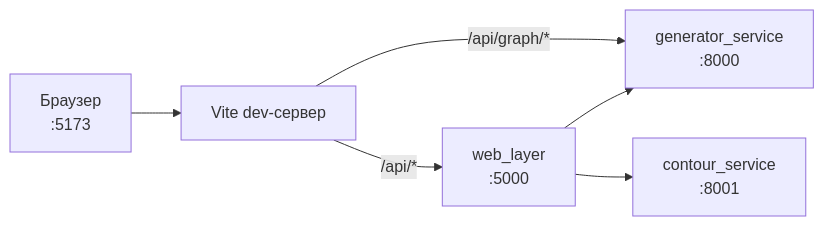
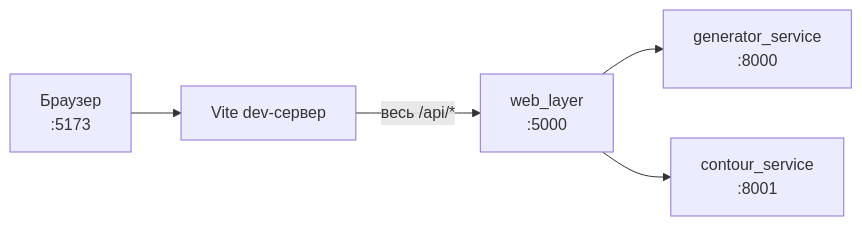
Before and after one commit to ventanolemon/GenerationWeb: the diagram in docs/handbook/07-running-it.md, drawn with Mermaid. The commit also changed other lines of this file and 7 other files, not shown here.

First line of the commit message:
fix(web_layer): релеи /api/graph и /api/guide — иначе не разворачивается

````diff
--- a/docs/handbook/07-running-it.md
+++ b/docs/handbook/07-running-it.md
@@ -89,8 +89,7 @@
 ```mermaid
 flowchart LR
     B["Браузер<br/>:5173"] --> V["Vite dev-сервер"]
-    V -->|"/api/*"| WL["web_layer<br/>:5000"]
-    V -->|"/api/graph/*"| GS["generator_service<br/>:8000"]
-    WL --> GS
+    V -->|"весь /api/*"| WL["web_layer<br/>:5000"]
+    WL --> GS["generator_service<br/>:8000"]
     WL --> CS["contour_service<br/>:8001"]
 ```
````
